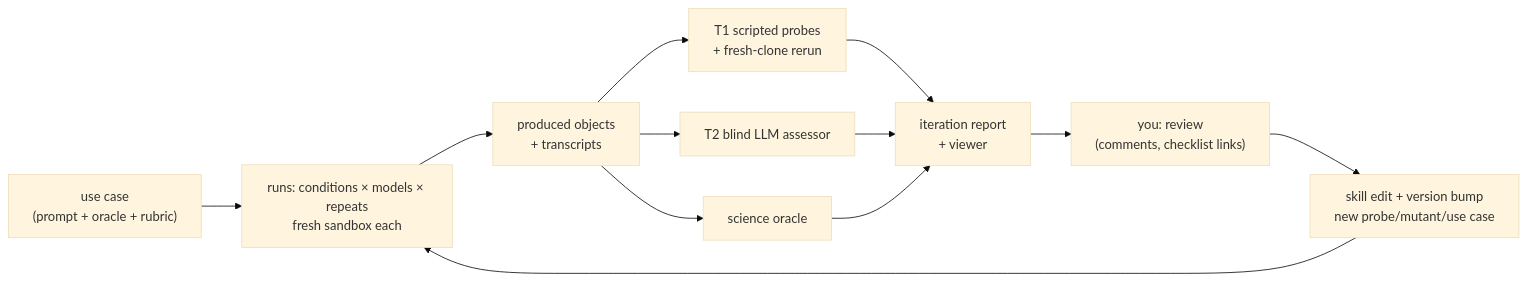
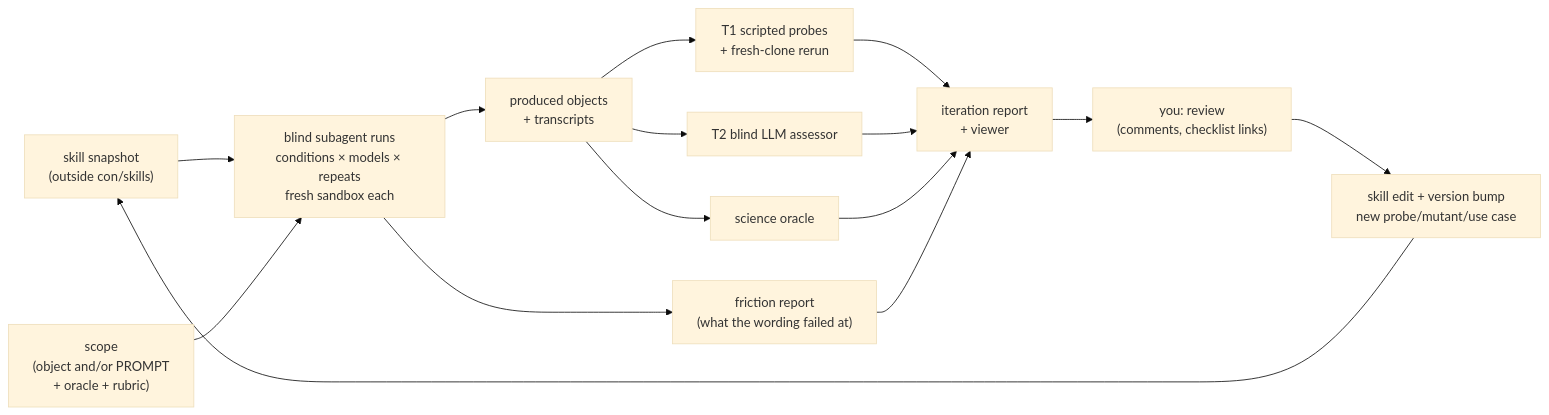
Before and after one commit to con/skills: the second of 2 diagrams in docs/stamped/PLAN.md, drawn with Mermaid (base theme). The commit also changed other lines of this file and 4 other files, not shown here.

````diff
--- a/docs/stamped/PLAN.md
+++ b/docs/stamped/PLAN.md
@@ -520,12 +528,14 @@
 ```mermaid
 flowchart LR
-  uc["use case<br/>(prompt + oracle + rubric)"] --> run["runs: conditions × models × repeats<br/>fresh sandbox each"]
+  snap["skill snapshot<br/>(outside con/skills)"] --> run
+  uc["scope<br/>(object and/or PROMPT<br/>+ oracle + rubric)"] --> run["blind subagent runs<br/>conditions × models × repeats<br/>fresh sandbox each"]
   run --> obj["produced objects<br/>+ transcripts"]
+  run --> fric["friction report<br/>(what the wording failed at)"]
   obj --> g1["T1 scripted probes<br/>+ fresh-clone rerun"]
   obj --> g2["T2 blind LLM assessor"]
   obj --> sci["science oracle"]
-  g1 & g2 & sci --> rep["iteration report<br/>+ viewer"]
+  g1 & g2 & sci & fric --> rep["iteration report<br/>+ viewer"]
   rep --> you["you: review<br/>(comments, checklist links)"]
   you --> edit["skill edit + version bump<br/>new probe/mutant/use case"]
-  edit --> run
+  edit --> snap
 ```
````
